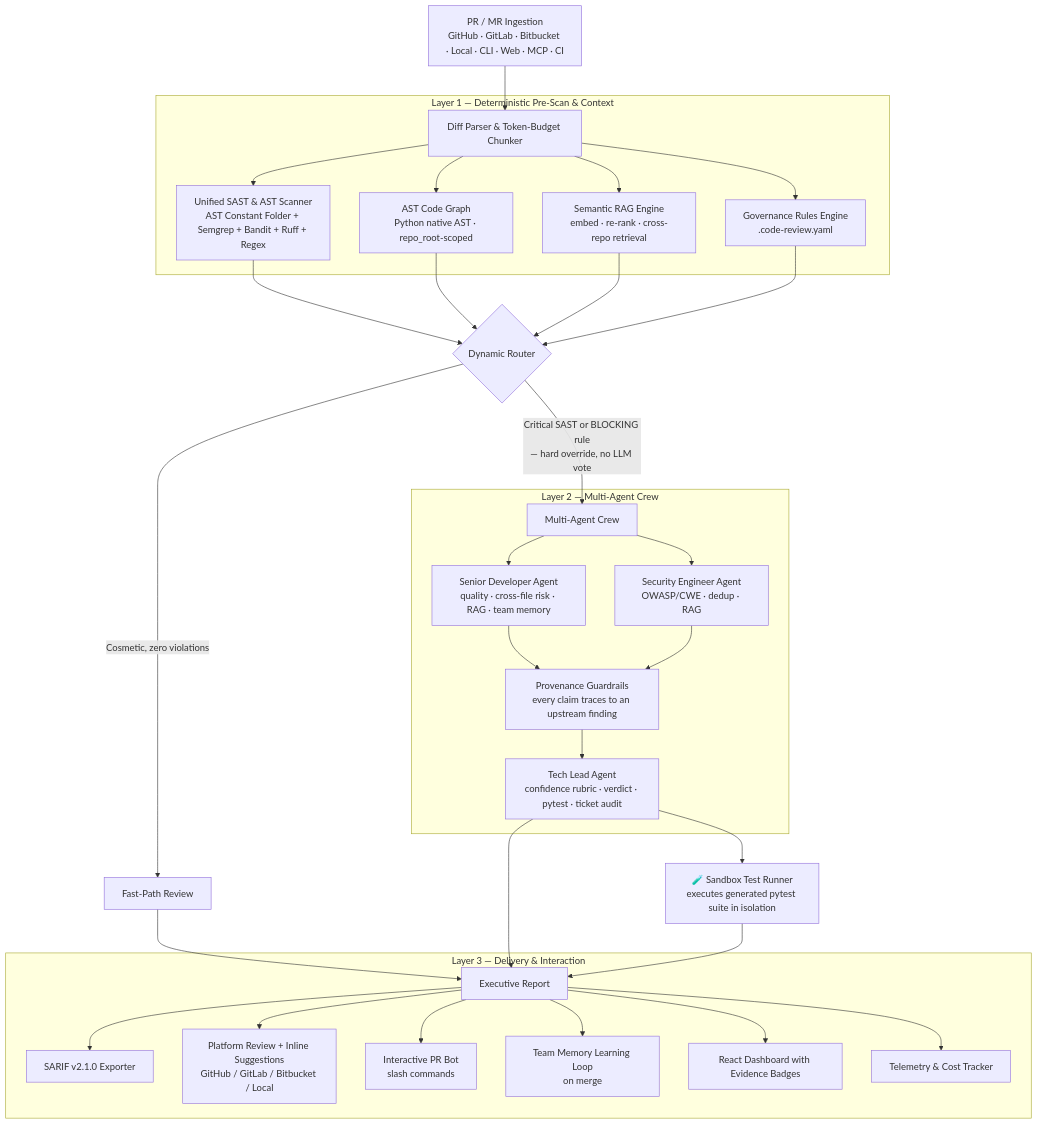
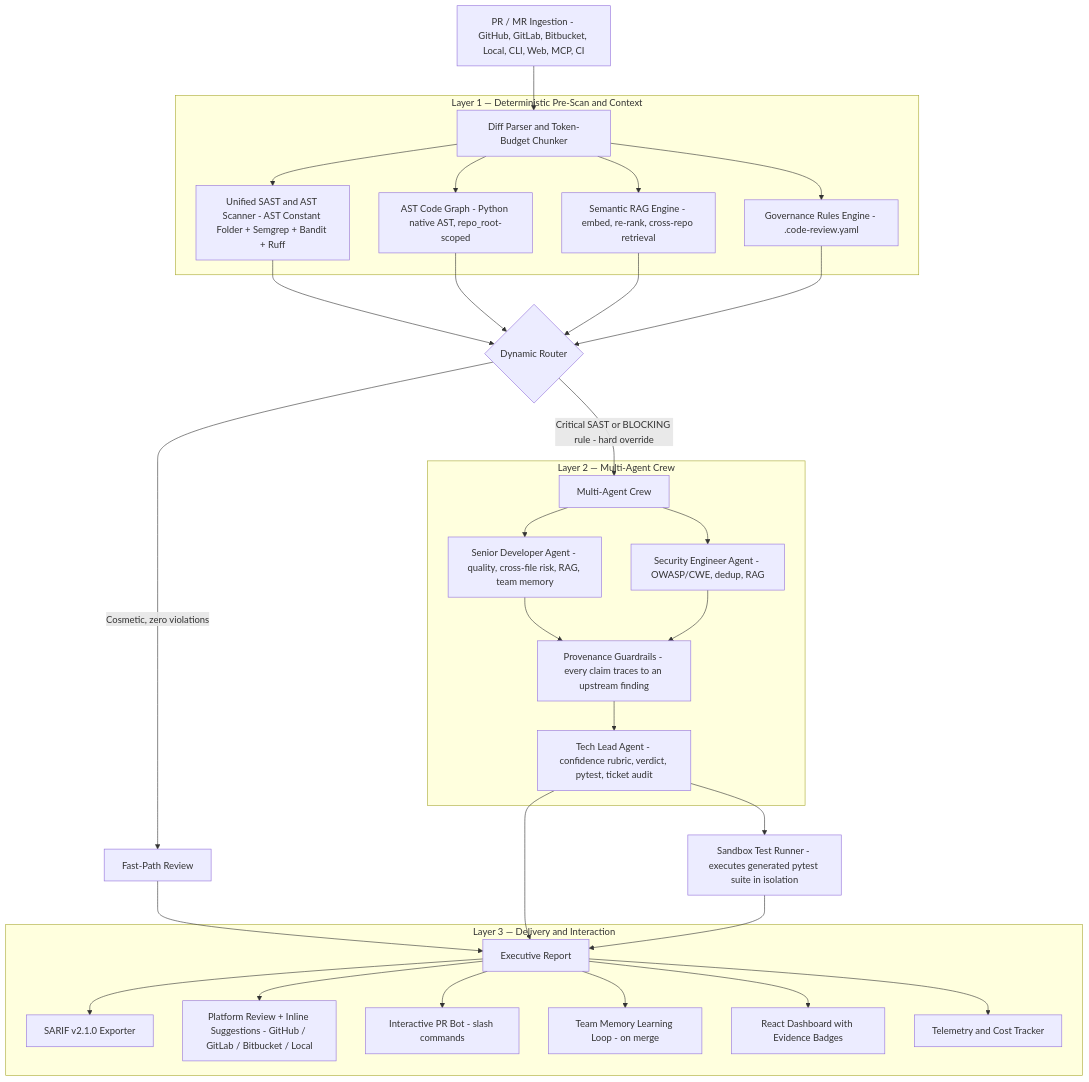
One commit to hamza1713/AI-Code-Review-Agent changed the first of 2 diagrams in README.md. Above: the diagram before and after it, drawn with Mermaid. The commit also changed other lines of this file and 82 other files, not shown here.

Commit message:
feat(phase-0-5): implement complete enterprise code review platform with phase 5 trust and safety

````diff
--- a/README.md
+++ b/README.md
@@ -132,37 +108,37 @@
 ```mermaid
 graph TD
-    A[PR / MR Ingestion<br/>GitHub · GitLab · Bitbucket · Local · CLI · Web · MCP · CI] --> B[Diff Parser & Token-Budget Chunker]
+    A["PR / MR Ingestion - GitHub, GitLab, Bitbucket, Local, CLI, Web, MCP, CI"] --> B[Diff Parser and Token-Budget Chunker]
 
-    subgraph Layer1 [Layer 1 — Deterministic Pre-Scan & Context]
-        B --> C[Unified SAST & AST Scanner<br/>AST Constant Folder + Semgrep + Bandit + Ruff + Regex]
-        B --> D[AST Code Graph<br/>Python native AST · repo_root-scoped]
-        B --> R[Semantic RAG Engine<br/>embed · re-rank · cross-repo retrieval]
-        B --> E[Governance Rules Engine<br/>.code-review.yaml]
+    subgraph Layer1 [Layer 1 — Deterministic Pre-Scan and Context]
+        B --> C["Unified SAST and AST Scanner - AST Constant Folder + Semgrep + Bandit + Ruff"]
+        B --> D["AST Code Graph - Python native AST, repo_root-scoped"]
+        B --> R["Semantic RAG Engine - embed, re-rank, cross-repo retrieval"]
+        B --> E["Governance Rules Engine - .code-review.yaml"]
     end
 
     C & D & R & E --> F{Dynamic Router}
     F -->|Cosmetic, zero violations| G[Fast-Path Review]
-    F -->|Critical SAST or BLOCKING rule<br/>— hard override, no LLM vote| H[Multi-Agent Crew]
+    F -->|Critical SAST or BLOCKING rule - hard override| H[Multi-Agent Crew]
 
     subgraph Layer2 [Layer 2 — Multi-Agent Crew]
-        H --> I[Senior Developer Agent<br/>quality · cross-file risk · RAG · team memory]
-        H --> J[Security Engineer Agent<br/>OWASP/CWE · dedup · RAG]
-        I --> K[Provenance Guardrails<br/>every claim traces to an upstream finding]
+        H --> I["Senior Developer Agent - quality, cross-file risk, RAG, team memory"]
+        H --> J["Security Engineer Agent - OWASP/CWE, dedup, RAG"]
+        I --> K["Provenance Guardrails - every claim traces to an upstream finding"]
         J --> K
-        K --> L[Tech Lead Agent<br/>confidence rubric · verdict · pytest · ticket audit]
+        K --> L["Tech Lead Agent - confidence rubric, verdict, pytest, ticket audit"]
     end
 
     G --> M[Executive Report]
     L --> M
-    L --> S[🧪 Sandbox Test Runner<br/>executes generated pytest suite in isolation]
+    L --> S["Sandbox Test Runner - executes generated pytest suite in isolation"]
     S --> M
 
-    subgraph Layer3 [Layer 3 — Delivery & Interaction]
+    subgraph Layer3 [Layer 3 — Delivery and Interaction]
         M --> N[SARIF v2.1.0 Exporter]
-        M --> O[Platform Review + Inline Suggestions<br/>GitHub / GitLab / Bitbucket / Local]
-        M --> BOT[Interactive PR Bot<br/>slash commands]
-        M --> MEM[Team Memory Learning Loop<br/>on merge]
+        M --> O["Platform Review + Inline Suggestions - GitHub / GitLab / Bitbucket / Local"]
+        M --> BOT["Interactive PR Bot - slash commands"]
+        M --> MEM["Team Memory Learning Loop - on merge"]
         M --> P[React Dashboard with Evidence Badges]
-        M --> Q[Telemetry & Cost Tracker]
+        M --> Q[Telemetry and Cost Tracker]
     end
 ```
````
